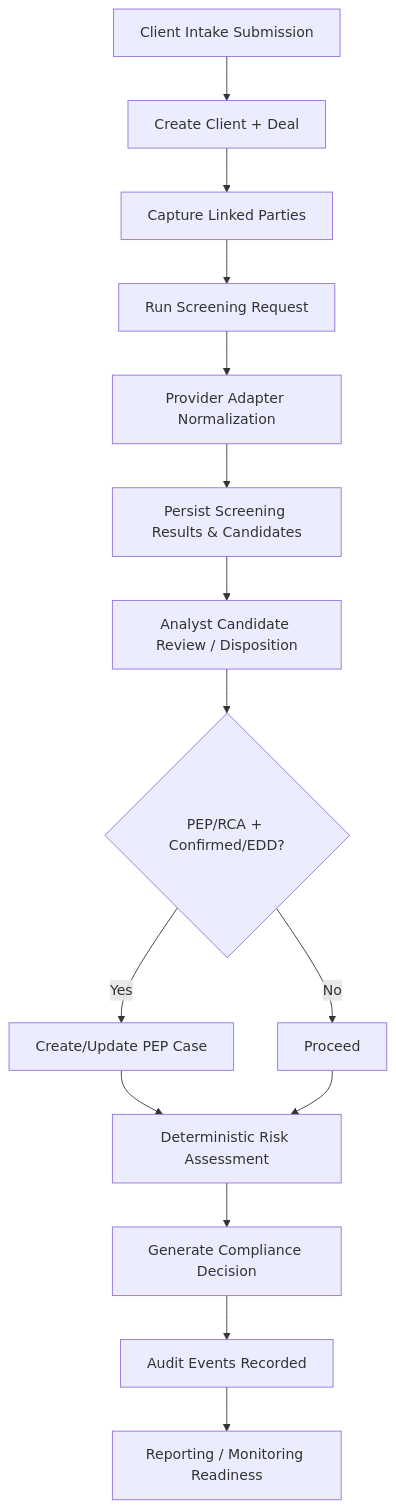
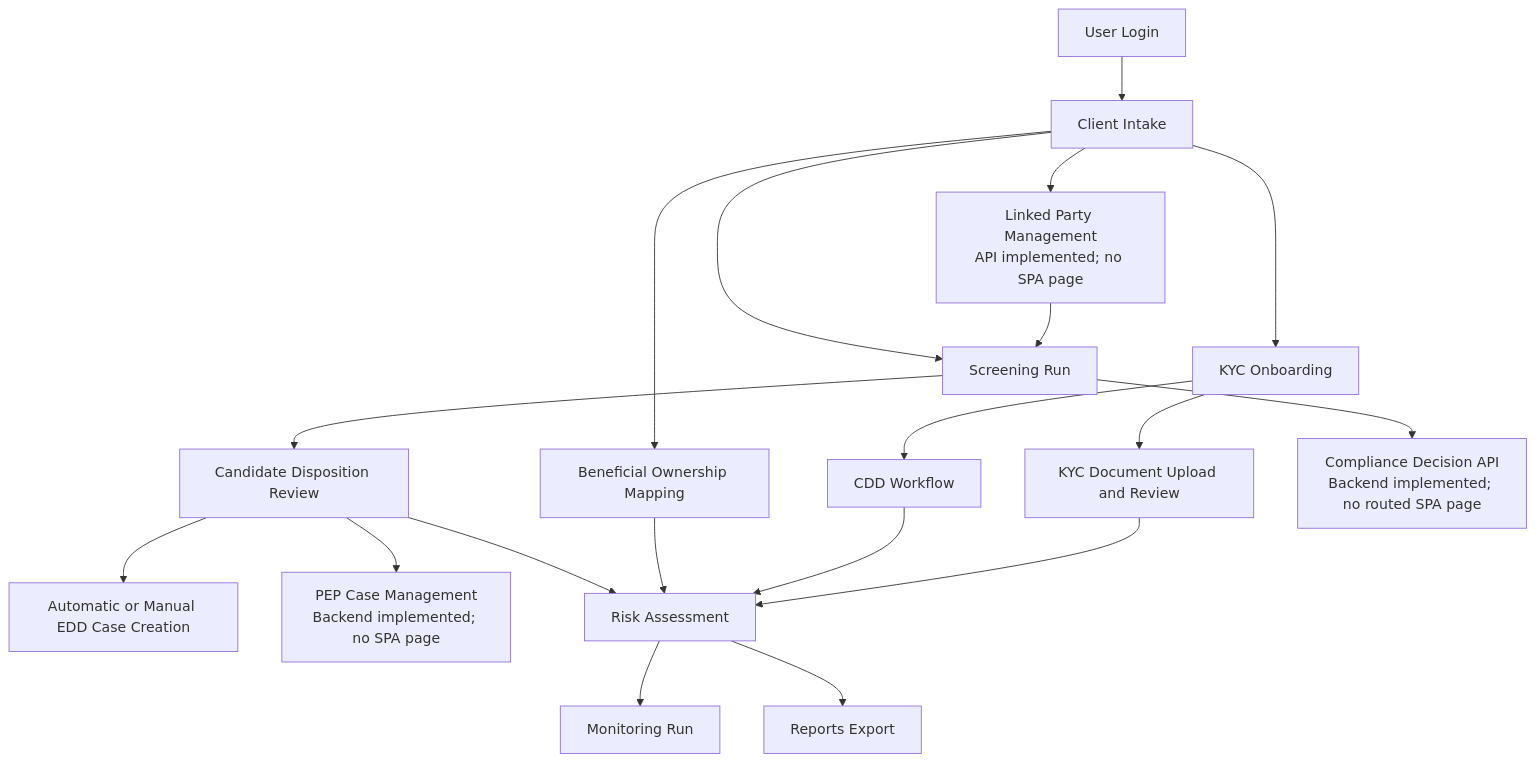
One commit to njabulobc/trustgate1 changed the first of 7 diagrams in docs/trustgate_prototype_document.md. Above: the diagram before and after it, drawn with Mermaid. The commit also changed other lines of this file and 5 other files, not shown here.

````diff
--- a/docs/trustgate_prototype_document.md
+++ b/docs/trustgate_prototype_document.md
@@ -310,17 +204,21 @@
 ```mermaid
 flowchart TD
-    A[Client Intake Submission] --> B[Create Client + Deal]
-    B --> C[Capture Linked Parties]
-    C --> D[Run Screening Request]
-    D --> E[Provider Adapter Normalization]
-    E --> F[Persist Screening Results & Candidates]
-    F --> G[Analyst Candidate Review / Disposition]
-    G --> H{PEP/RCA + Confirmed/EDD?}
-    H -->|Yes| I[Create/Update PEP Case]
-    H -->|No| J[Proceed]
-    I --> K[Deterministic Risk Assessment]
-    J --> K
-    K --> L[Generate Compliance Decision]
-    L --> M[Audit Events Recorded]
-    M --> N[Reporting / Monitoring Readiness]
+    A[User Login] --> B[Client Intake]
+    B --> C[KYC Onboarding]
+    C --> D[KYC Document Upload and Review]
+    C --> E[CDD Workflow]
+    B --> F[Linked Party Management<br/>API implemented; no SPA page]
+    B --> G[Beneficial Ownership Mapping]
+    F --> H[Screening Run]
+    B --> H
+    H --> I[Candidate Disposition Review]
+    I --> J[Automatic or Manual EDD Case Creation]
+    I --> K[PEP Case Management<br/>Backend implemented; no SPA page]
+    D --> L[Risk Assessment]
+    E --> L
+    G --> L
+    I --> L
+    L --> M[Monitoring Run]
+    L --> N[Reports Export]
+    H --> O[Compliance Decision API<br/>Backend implemented; no routed SPA page]
 ```
````
